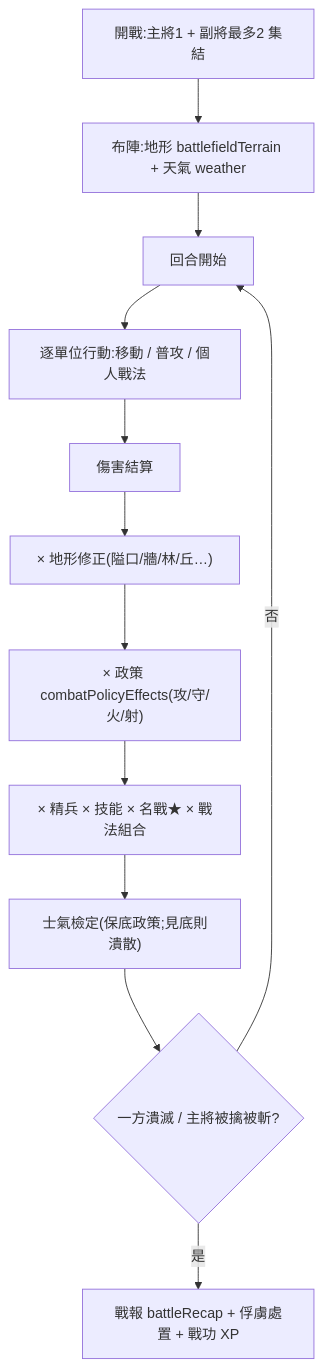
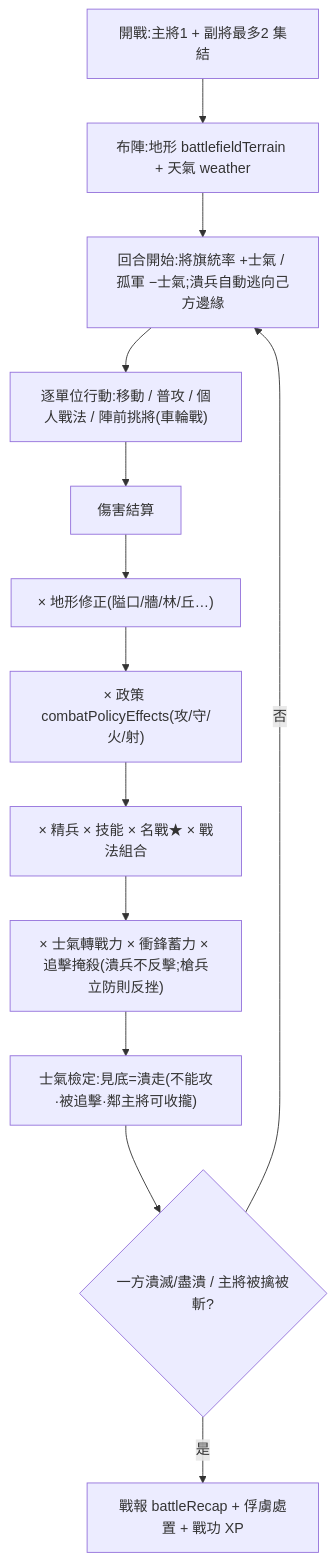
The second of 5 diagrams in docs/GUIDE.md (Seanye333/ThreeKingdomMasterIOS), drawn with Mermaid before and after one commit. The commit also changed other lines of this file and 4 other files, not shown here.

First line of the commit message:
慶典彈窗做活(§1–4):高光時刻接圖 + 生成 prompt

````diff
--- a/docs/GUIDE.md
+++ b/docs/GUIDE.md
@@ -1585,14 +1601,15 @@
 ```mermaid
 flowchart TD
   A["開戰:主將1 + 副將最多2 集結"] --> B["布陣:地形 battlefieldTerrain + 天氣 weather"]
-  B --> C["回合開始"]
-  C --> D["逐單位行動:移動 / 普攻 / 個人戰法"]
+  B --> C["回合開始:將旗統率 +士氣 / 孤軍 −士氣;潰兵自動逃向己方邊緣"]
+  C --> D["逐單位行動:移動 / 普攻 / 個人戰法 / 陣前挑將(車輪戰)"]
   D --> E["傷害結算"]
   E --> E1["× 地形修正(隘口/牆/林/丘…)"]
   E1 --> E2["× 政策 combatPolicyEffects(攻/守/火/射)"]
   E2 --> E3["× 精兵 × 技能 × 名戰★ × 戰法組合"]
-  E3 --> F["士氣檢定(保底政策;見底則潰散)"]
-  F --> G{"一方潰滅 / 主將被擒被斬?"}
+  E3 --> E4["× 士氣轉戰力 × 衝鋒蓄力 × 追擊掩殺(潰兵不反擊;槍兵立防則反挫)"]
+  E4 --> F["士氣檢定:見底=潰走(不能攻·被追擊·鄰主將可收攏)"]
+  F --> G{"一方潰滅/盡潰 / 主將被擒被斬?"}
   G -->|否| C
   G -->|是| H["戰報 battleRecap + 俘虜處置 + 戰功 XP"]
 ```
````
